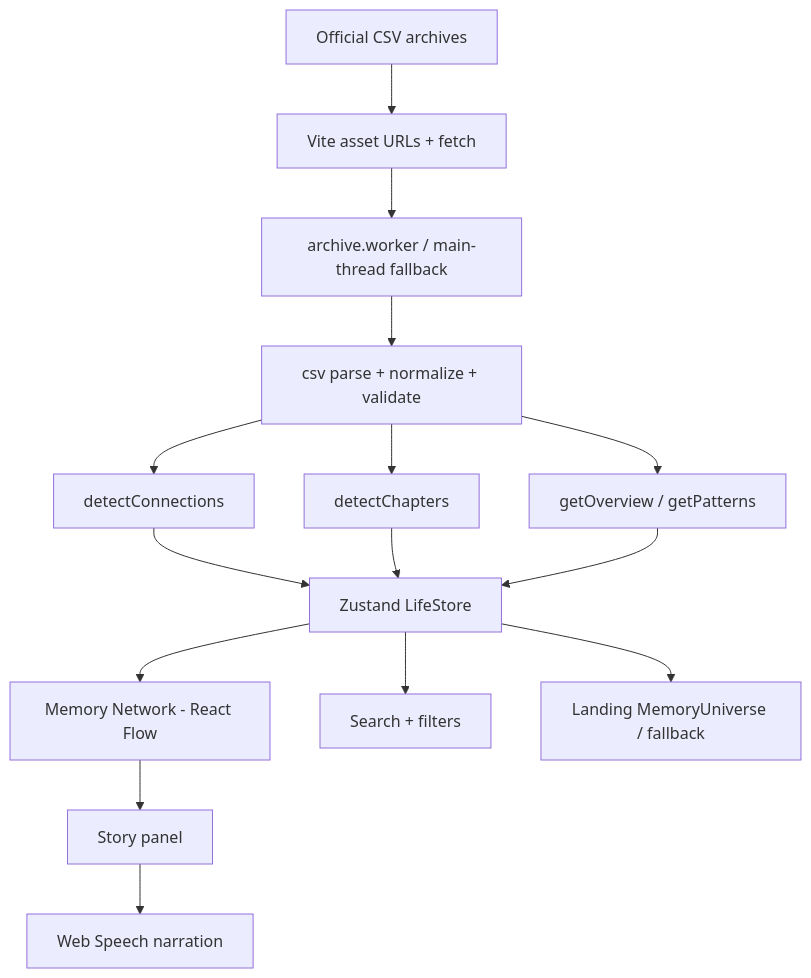
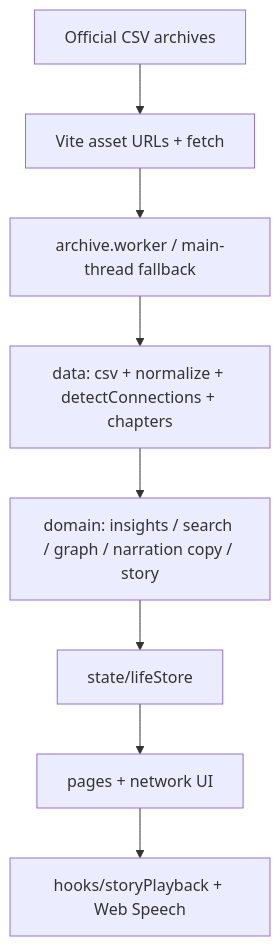
The diagram in README.md (9124205085-art/Frontend_Arena), drawn with Mermaid before and after one commit. The commit also changed other lines of this file and 48 other files, not shown here.

Commit message:
perf: optimize memory network rendering, bundle size, and animation lifecycles

````diff
--- a/README.md
+++ b/README.md
@@ -125,29 +127,17 @@
 ```mermaid
 flowchart TD
     CSV[Official CSV archives]
     Fetch[Vite asset URLs + fetch]
     Worker[archive.worker / main-thread fallback]
-    Norm[csv parse + normalize + validate]
-    Rel[detectConnections]
-    Ch[detectChapters]
-    Ins[getOverview / getPatterns]
-    Store[Zustand LifeStore]
-    Net[Memory Network - React Flow]
-    Panel[Story panel]
-    Voice[Web Speech narration]
-    Search[Search + filters]
-    Land[Landing MemoryUniverse / fallback]
+    Data[data: csv + normalize + detectConnections + chapters]
+    Domain[domain: insights / search / graph / narration copy / story]
+    Store[state/lifeStore]
+    UI[pages + network UI]
+    Voice[hooks/storyPlayback + Web Speech]
 
-    CSV --> Fetch --> Worker --> Norm
-    Norm --> Rel
-    Norm --> Ch
-    Norm --> Ins
-    Rel --> Store
-    Ch --> Store
-    Ins --> Store
-    Store --> Net
-    Store --> Search
-    Store --> Land
-    Net --> Panel
-    Panel --> Voice
+    CSV --> Fetch --> Worker --> Data
+    Data --> Domain
+    Domain --> Store
+    Store --> UI
+    UI --> Voice
 ```
````
